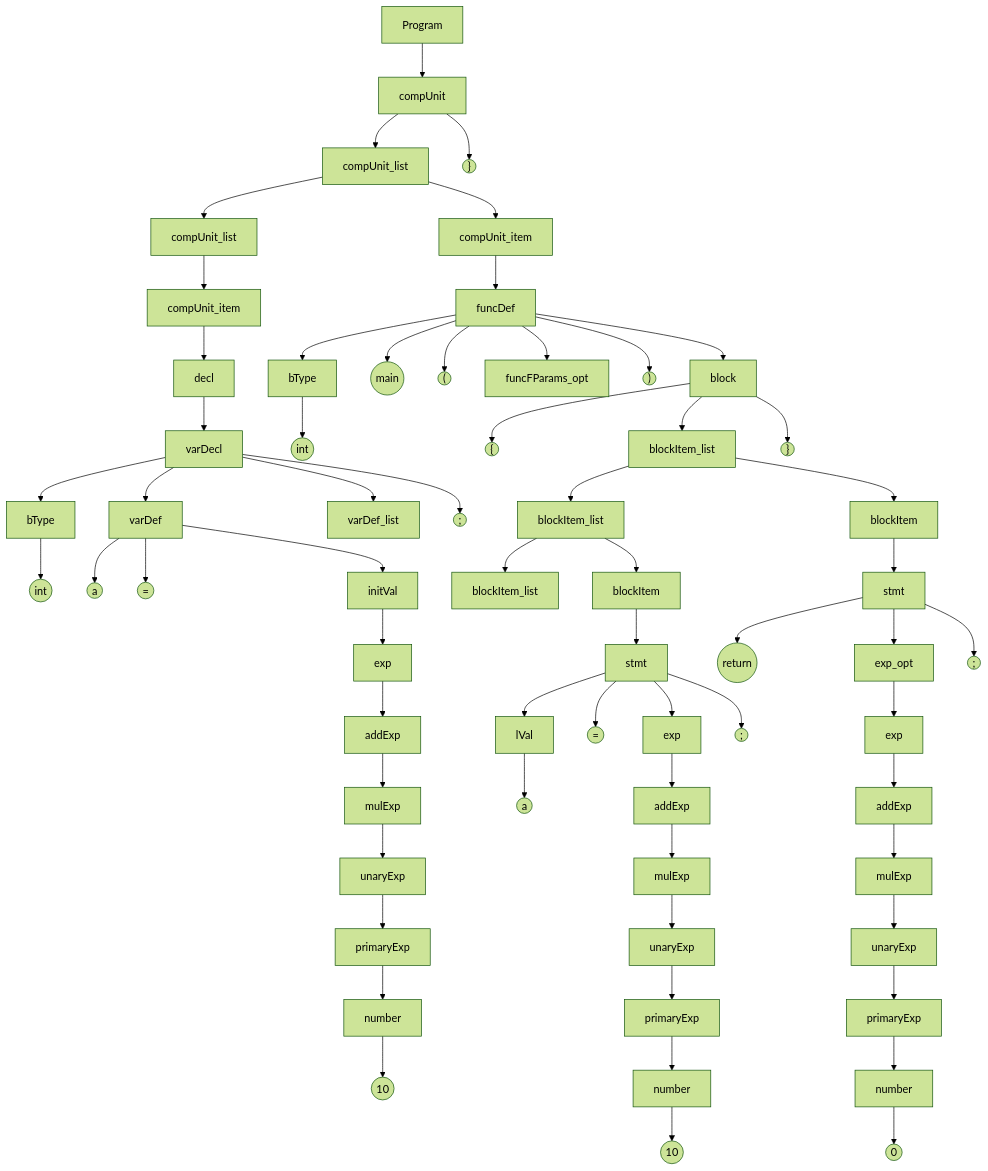
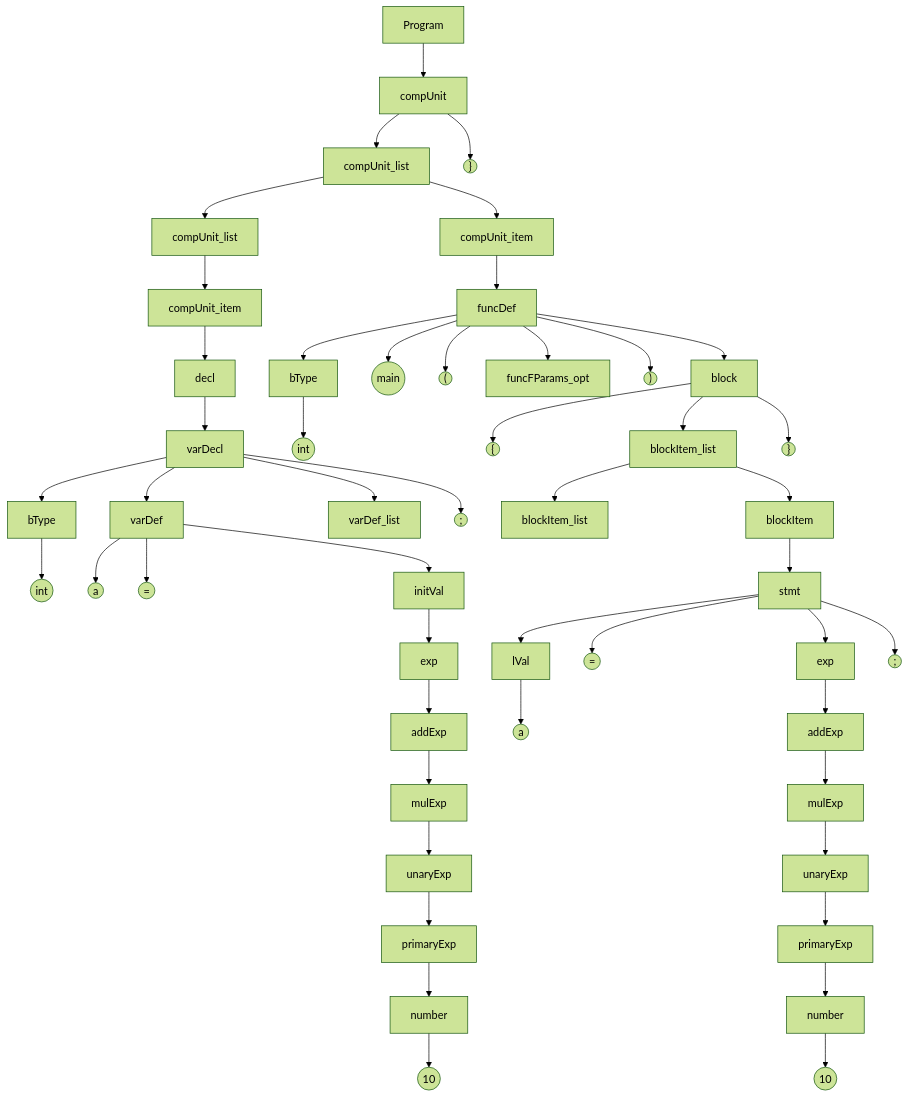
The diagram in case/test_parse_tree.md (Bobchasm/SLR1-compiler), drawn with Mermaid (forest theme) before and after one commit. The commit also changed 127 other files, not shown here.

````diff
--- a/case/test_parse_tree.md
+++ b/case/test_parse_tree.md
@@ -67,60 +67,34 @@
     N30 --> N32
     N33[blockItem_list]
     N32 --> N33
-    N34[blockItem_list]
-    N33 --> N34
-    N35[blockItem]
-    N33 --> N35
-    N36[stmt]
+    N34[blockItem]
+    N32 --> N34
+    N35[stmt]
+    N34 --> N35
+    N36[lVal]
     N35 --> N36
-    N37[lVal]
+    N37(("a"))
     N36 --> N37
-    N38(("a"))
-    N37 --> N38
-    N39(("="))
-    N36 --> N39
-    N40[exp]
-    N36 --> N40
-    N41[addExp]
+    N38(("="))
+    N35 --> N38
+    N39[exp]
+    N35 --> N39
+    N40[addExp]
+    N39 --> N40
+    N41[mulExp]
     N40 --> N41
-    N42[mulExp]
+    N42[unaryExp]
     N41 --> N42
-    N43[unaryExp]
+    N43[primaryExp]
     N42 --> N43
-    N44[primaryExp]
+    N44[number]
     N43 --> N44
-    N45[number]
+    N45(("10"))
     N44 --> N45
-    N46(("10"))
-    N45 --> N46
-    N47((";"))
-    N36 --> N47
-    N48[blockItem]
-    N32 --> N48
-    N49[stmt]
-    N48 --> N49
-    N50(("return"))
-    N49 --> N50
-    N51[exp_opt]
-    N49 --> N51
-    N52[exp]
-    N51 --> N52
-    N53[addExp]
-    N52 --> N53
-    N54[mulExp]
-    N53 --> N54
-    N55[unaryExp]
-    N54 --> N55
-    N56[primaryExp]
-    N55 --> N56
-    N57[number]
-    N56 --> N57
-    N58(("0"))
-    N57 --> N58
-    N59((";"))
-    N49 --> N59
-    N60(("}"))
-    N30 --> N60
-    N61(("}"))
-    N1 --> N61
+    N46((";"))
+    N35 --> N46
+    N47(("}"))
+    N30 --> N47
+    N48(("}"))
+    N1 --> N48
 ```
````
